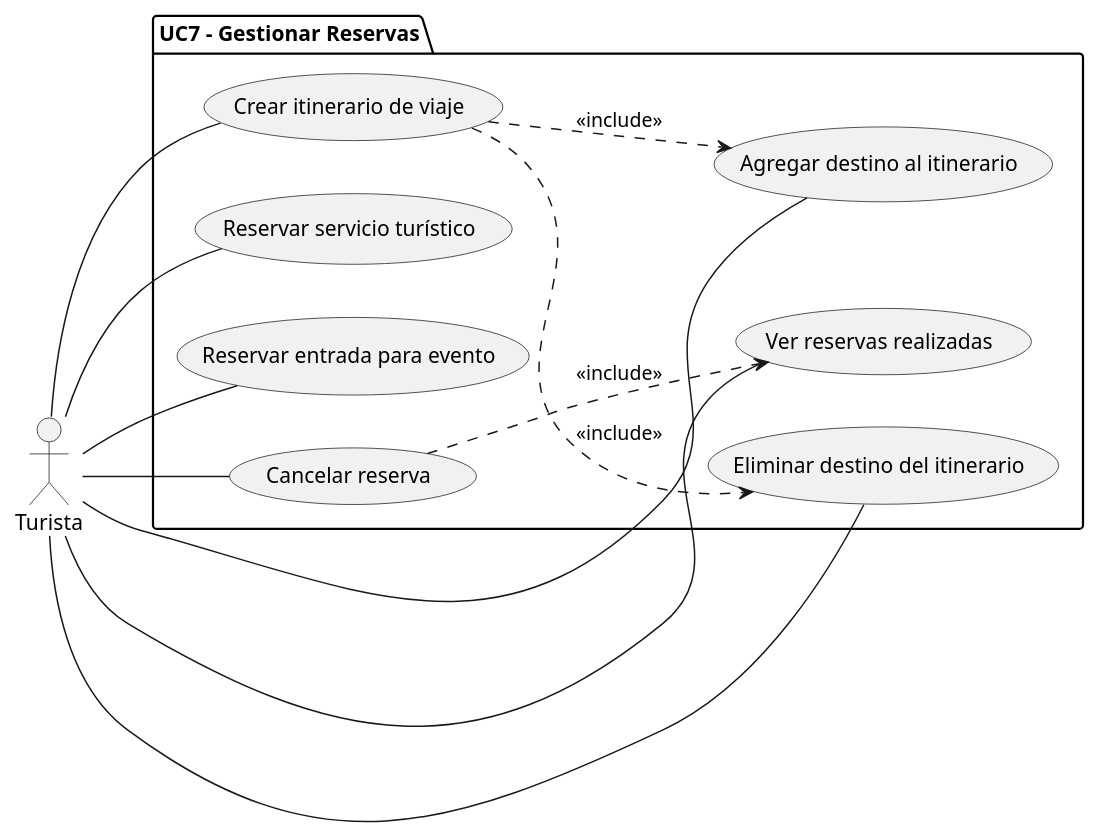
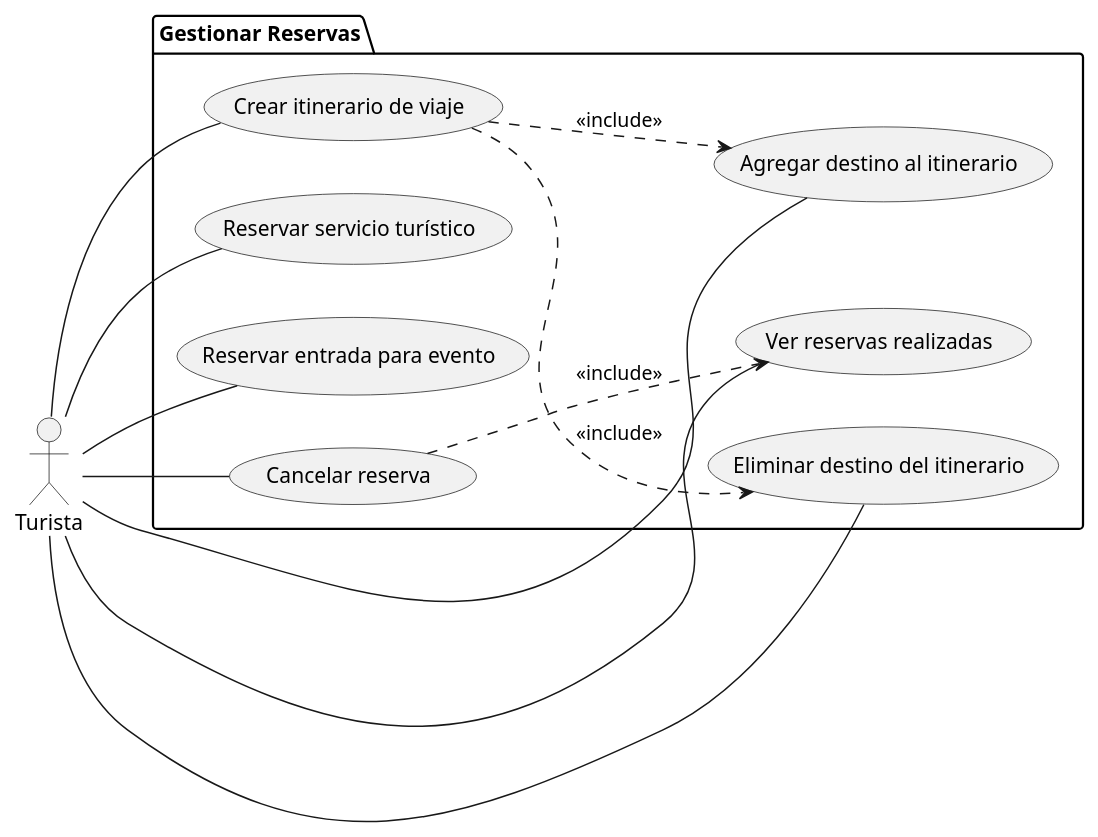
Before and after one commit to xdark-nessx20/SM-Xplore: the diagram in docs/modelos/uc-lvl-1/gestionar-reservas/turista-diagrama.puml, drawn with PlantUML. The commit also changed 7 other files, not shown here.

```diff
--- a/docs/modelos/uc-lvl-1/gestionar-reservas/turista-diagrama.puml
+++ b/docs/modelos/uc-lvl-1/gestionar-reservas/turista-diagrama.puml
@@ -1,28 +1,28 @@
 @startuml
 left to right direction
 
 actor Turista as T
 
-package "UC7 - Gestionar Reservas" {
+package "Gestionar Reservas" {
     usecase "Crear itinerario de viaje" as UC1
     usecase "Reservar servicio turístico" as UC2
     usecase "Reservar entrada para evento" as UC3
     usecase "Ver reservas realizadas" as UC4
     usecase "Cancelar reserva" as UC5
     usecase "Agregar destino al itinerario" as UC6
     usecase "Eliminar destino del itinerario" as UC7
 }
 
 T -- UC1
 T -- UC2
 T -- UC3
 T -- UC4
 T -- UC5
 T -- UC6
 T -- UC7
 
 UC1 ..> UC6 : <<include>>
 UC1 ..> UC7 : <<include>>
 UC5 ..> UC4 : <<include>>
 
 @enduml
```
